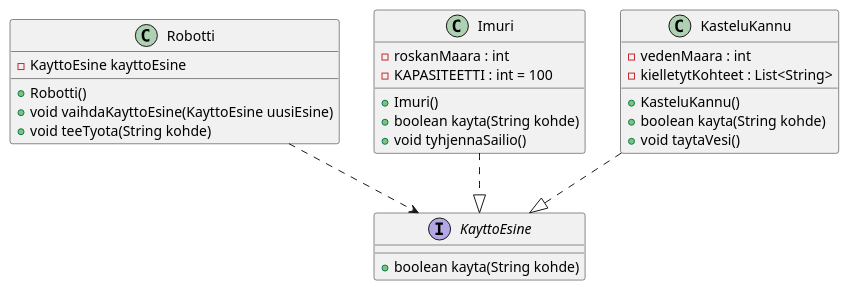
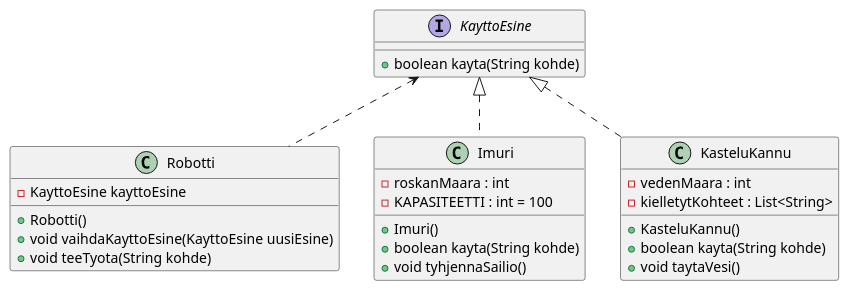
Before and after one commit to ohj-perus-jy/ohj2: the diagram in src/exercises/4-4-kotityorobotti/handout.md, drawn with PlantUML. The commit also changed 13 other files, not shown here.

````diff
--- a/src/exercises/4-4-kotityorobotti/handout.md
+++ b/src/exercises/4-4-kotityorobotti/handout.md
@@ -8,34 +8,37 @@
 ```plantuml
 @startuml
 class Robotti {
     -KayttoEsine kayttoEsine
     +Robotti()
     +void vaihdaKayttoEsine(KayttoEsine uusiEsine)
     +void teeTyota(String kohde)
 }
 
 interface KayttoEsine {
     +boolean kayta(String kohde)
 }
 
 class Imuri {
     -roskanMaara : int
     -KAPASITEETTI : int = 100
     +Imuri()
     +boolean kayta(String kohde)
     +void tyhjennaSailio()
 }
 
+
 class KasteluKannu {
     -vedenMaara : int
     -kielletytKohteet : List<String>
     +KasteluKannu()
     +boolean kayta(String kohde)
     +void taytaVesi()
 }
 
-Robotti ..> KayttoEsine
-Imuri ..|> KayttoEsine
-KasteluKannu ..|> KayttoEsine
+
+KayttoEsine <|.. Imuri
+KayttoEsine <|.. KasteluKannu
+KayttoEsine <.. Robotti
+
 @enduml
 ```
````
